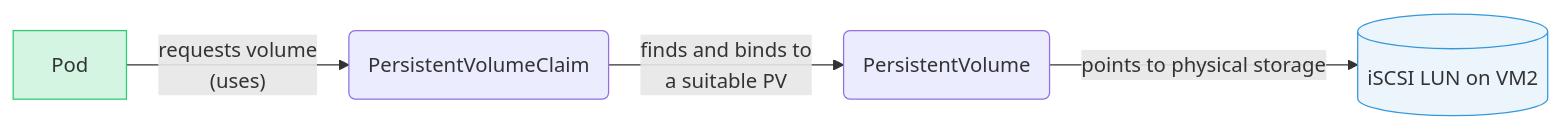
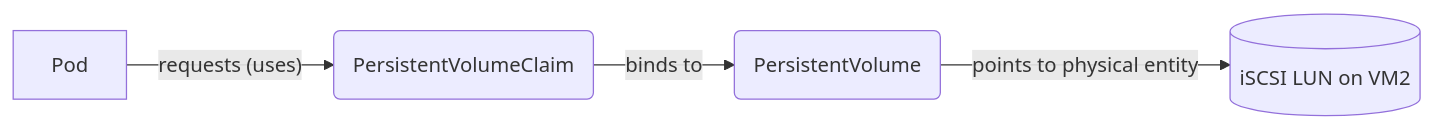
One commit to sokoide/workshop changed the second of 2 diagrams in infra/iscsi_pv_en.md. Above: the diagram before and after it, drawn with Mermaid. The commit also changed other lines of this file and 27 other files, not shown here.

````diff
--- a/infra/iscsi_pv_en.md
+++ b/infra/iscsi_pv_en.md
@@ -178,9 +59,6 @@
 ```mermaid
 graph LR
-    A[Pod] -- "requests volume<br>(uses)" --> B(PersistentVolumeClaim);
-    B -- "finds and binds to<br>a suitable PV" --> C(PersistentVolume);
-    C -- "points to physical storage" --> D[(iSCSI LUN on VM2)];
-
-    style A fill:#D5F5E3,stroke:#2ECC71
-    style D fill:#EBF5FB,stroke:#3498DB
+    A[Pod] -- "requests (uses)" --> B(PersistentVolumeClaim);
+    B -- "binds to" --> C(PersistentVolume);
+    C -- "points to physical entity" --> D[(iSCSI LUN on VM2)];
 ```
````
